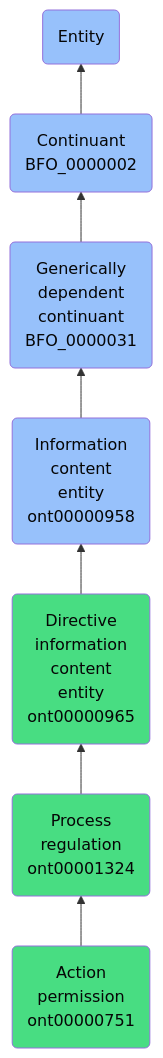
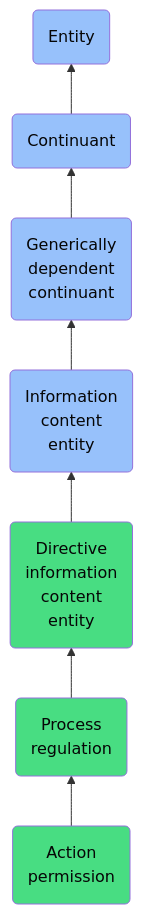
One commit to jupyter-naas/abi changed the diagram in docs/ontology/reference/model/Entity/Continuant/Generically dependent continuant/Information content entity/Directive information content entity/Process regulation/Action permission/Action permission.md. Above: the diagram before and after it, drawn with Mermaid. The commit also changed other lines of this file and 1430 other files, not shown here.

````diff
--- a/docs/ontology/reference/model/Entity/Continuant/Generically dependent continuant/Information content entity/Directive information content entity/Process regulation/Action permission/Action permission.md
+++ b/docs/ontology/reference/model/Entity/Continuant/Generically dependent continuant/Information content entity/Directive information content entity/Process regulation/Action permission/Action permission.md
@@ -25,14 +25,14 @@
 ```mermaid
 graph BT
-    ont00000751(Action<br>permission<br>ont00000751):::ABI-->ont00001324
-    ont00001324(Process<br>regulation<br>ont00001324):::ABI-->ont00000965
-    ont00000965(Directive<br>information<br>content<br>entity<br>ont00000965):::ABI-->ont00000958
-    ont00000958(Information<br>content<br>entity<br>ont00000958):::BFO-->BFO_0000031
-    BFO_0000031(Generically<br>dependent<br>continuant<br>BFO_0000031):::BFO-->BFO_0000002
-    BFO_0000002(Continuant<br>BFO_0000002):::BFO-->BFO_0000001
+    ont00000751(Action<br>permission):::ABI-->ont00001324
+    ont00001324(Process<br>regulation):::ABI-->ont00000965
+    ont00000965(Directive<br>information<br>content<br>entity):::ABI-->ont00000958
+    ont00000958(Information<br>content<br>entity):::BFO-->BFO_0000031
+    BFO_0000031(Generically<br>dependent<br>continuant):::BFO-->BFO_0000002
+    BFO_0000002(Continuant):::BFO-->BFO_0000001
     BFO_0000001(Entity):::BFO
     
     classDef BFO fill:#97c1fb,color:#060606
     classDef CCO fill:#e4c51e,color:#060606
     classDef ABI fill:#48DD82,color:#060606
 ```
````
